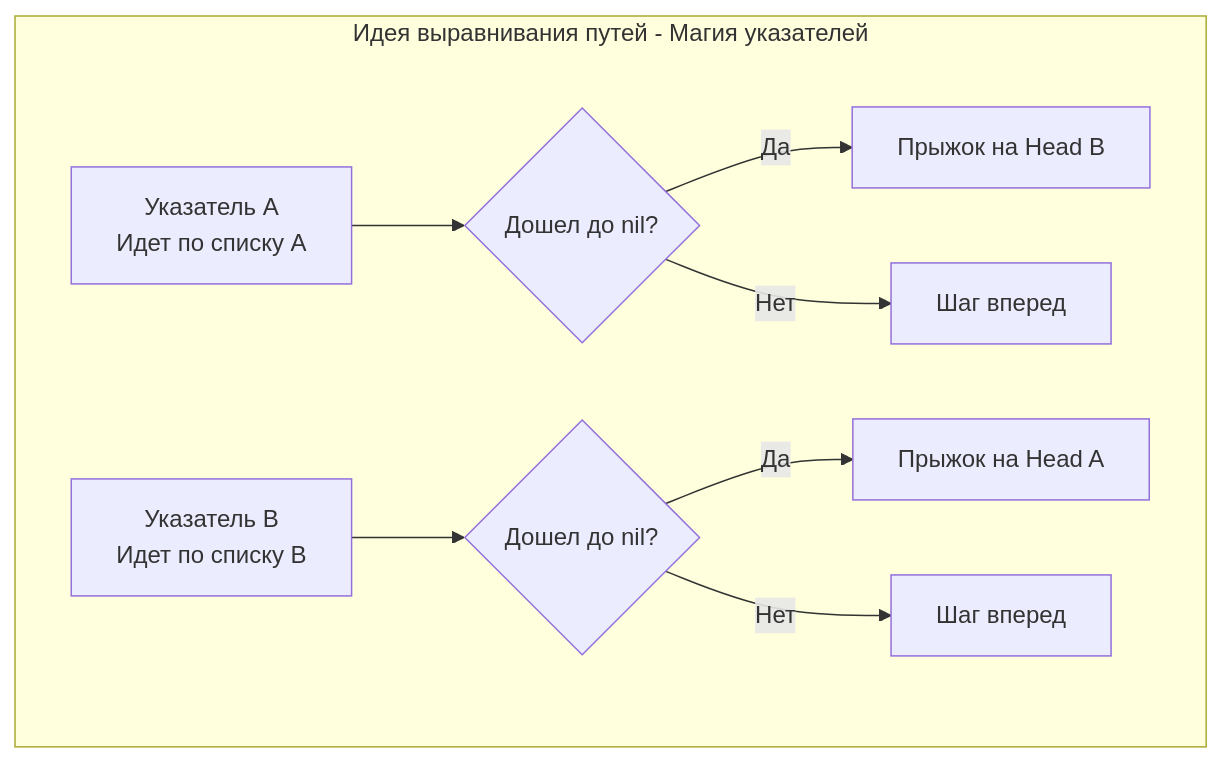
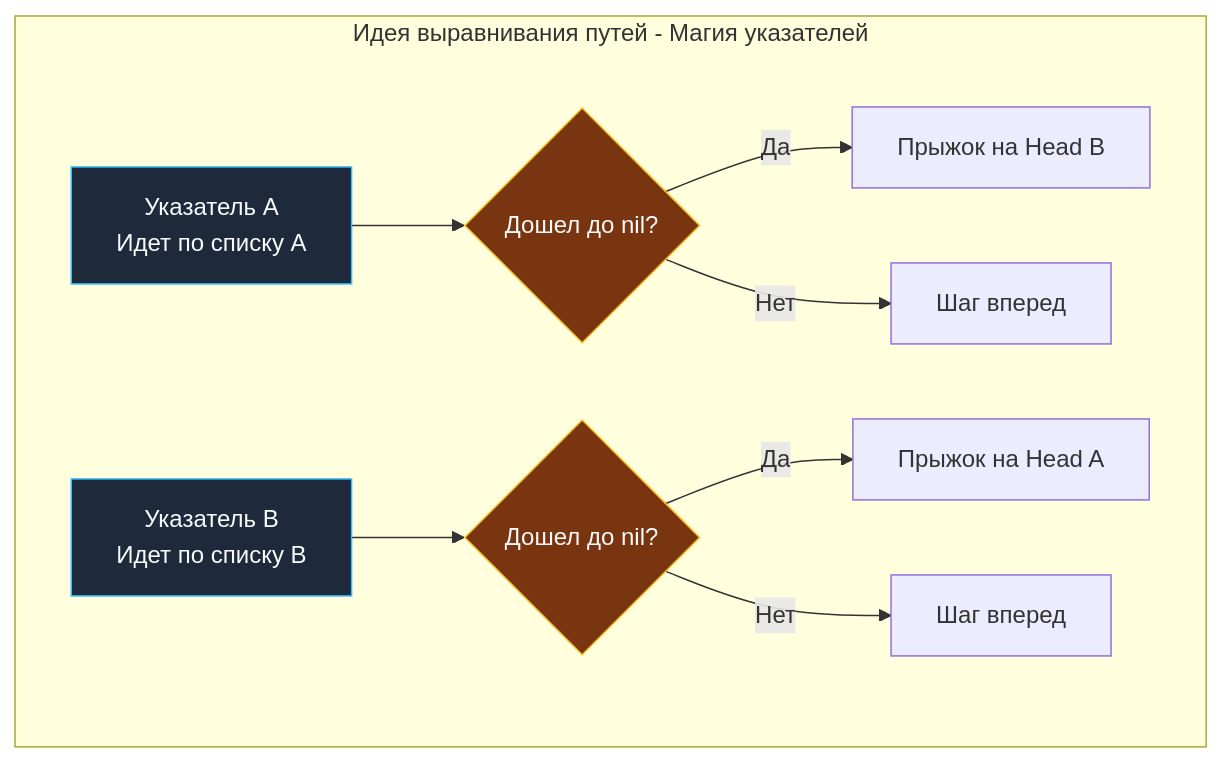
The diagram in sources/21. Задачи с LeetCode и собеседований на Go/02. Задачи/08. Связные списки/7. Intersection of Two Linked Lists.md (UnrealTemplier/go-textbook), drawn with Mermaid before and after one commit. The commit also changed 1666 other files, not shown here.

First line of the commit message:
feat(mermaid): add semantic color classDef to 1369 colorless flowchart/graph diagrams

````diff
--- a/sources/21. Задачи с LeetCode и собеседований на Go/02. Задачи/08. Связные списки/7. Intersection of Two Linked Lists.md
+++ b/sources/21. Задачи с LeetCode и собеседований на Go/02. Задачи/08. Связные списки/7. Intersection of Two Linked Lists.md
@@ -38,19 +38,29 @@
 ```mermaid
 flowchart TD
+    classDef process  fill:#1e293b,stroke:#38bdf8,stroke-width:1px,color:#f8fafc
+    classDef success  fill:#064e3b,stroke:#34d399,stroke-width:1px,color:#f8fafc
+    classDef error    fill:#7f1d1d,stroke:#f87171,stroke-width:1px,color:#f8fafc
+    classDef warning  fill:#78350f,stroke:#fbbf24,stroke-width:1px,color:#f8fafc
+    classDef entry    fill:#1e3a5f,stroke:#38bdf8,stroke-width:2px,color:#f8fafc
+    classDef aux      fill:#334155,stroke:#64748b,stroke-width:1px,color:#f8fafc
+    classDef system   fill:#312e81,stroke:#a78bfa,stroke-width:1px,color:#f8fafc
+    classDef data     fill:#132d29,stroke:#2dd4bf,stroke-width:1px,color:#f8fafc
+    classDef network  fill:#881337,stroke:#fb7185,stroke-width:1px,color:#f8fafc
+    classDef accent   fill:#1e1b4b,stroke:#818cf8,stroke-width:1px,color:#f8fafc
     subgraph Идея выравнивания путей - Магия указателей
-        StartA["Указатель A<br>Идет по списку A"]
-        StartB["Указатель B<br>Идет по списку B"]
+        StartA["Указатель A<br>Идет по списку A"]:::process
+        StartB["Указатель B<br>Идет по списку B"]:::process
         
-        SwitchA{"Дошел до nil?"}
-        SwitchB{"Дошел до nil?"}
+        SwitchA{"Дошел до nil?"}:::warning
+        SwitchB{"Дошел до nil?"}:::warning
         
         StartA --> SwitchA
         StartB --> SwitchB
         
         SwitchA -->|"Да"| ToB["Прыжок на Head B"]
         SwitchA -->|"Нет"| StepA["Шаг вперед"]
         
         SwitchB -->|"Да"| ToA["Прыжок на Head A"]
         SwitchB -->|"Нет"| StepB["Шаг вперед"]
     end
 ```
````
